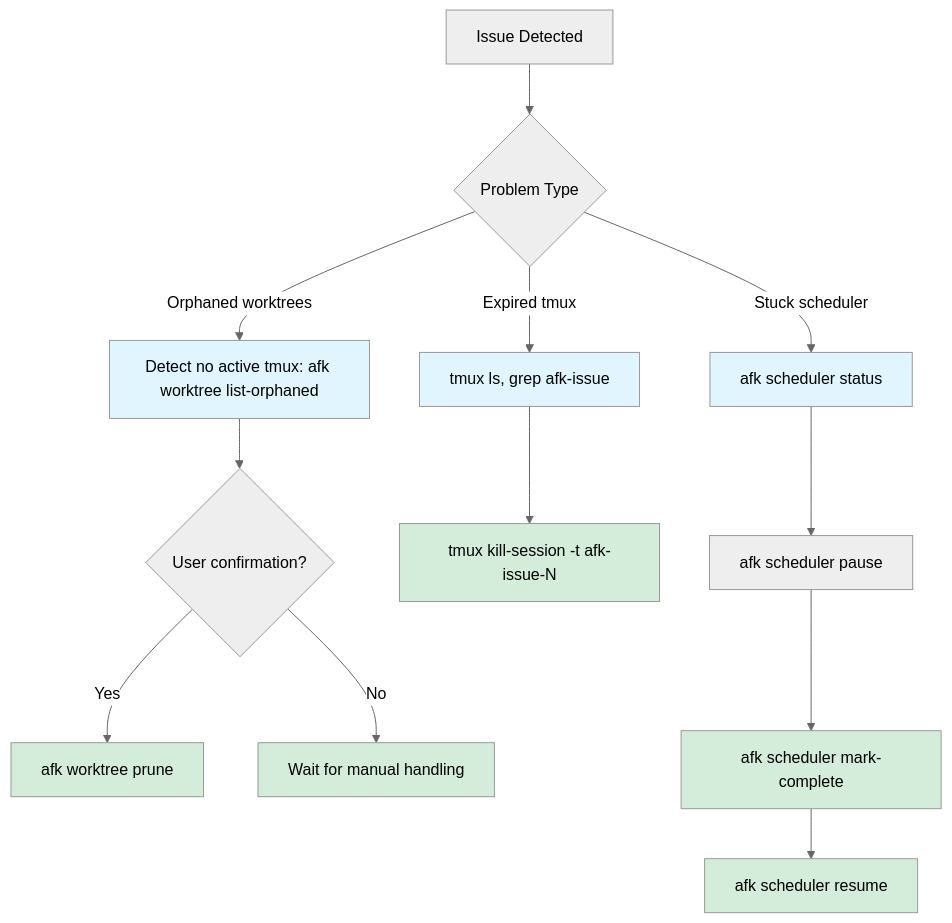
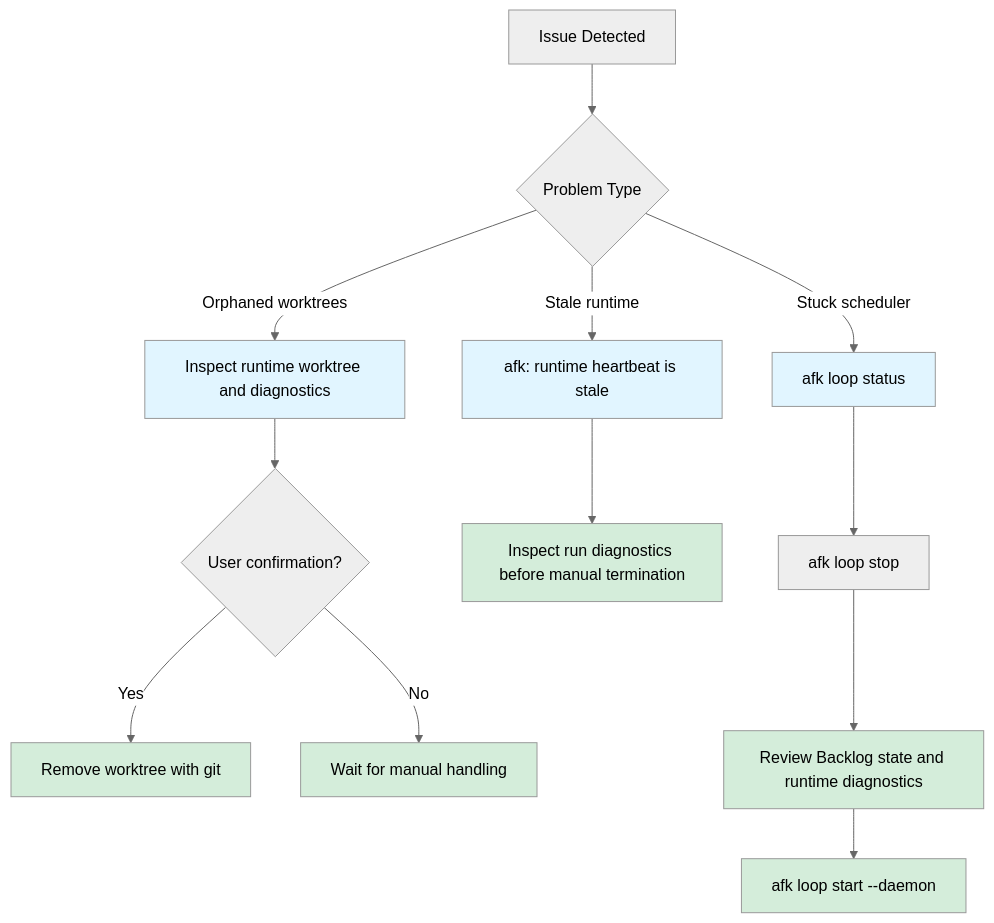
Before and after one commit to easyhaloo/afk: the eighth of 9 diagrams in docs/WORKFLOWS.md, drawn with Mermaid (neutral theme). The commit also changed other lines of this file and 87 other files, not shown here.

Commit message:
feat(backlog): link work items with runtime execution

````diff
--- a/docs/WORKFLOWS.md
+++ b/docs/WORKFLOWS.md
@@ -431,22 +430,22 @@
 ```mermaid
 flowchart TD
     Issue[Issue Detected] --> Type{Problem Type}
 
-    Type -->|Orphaned worktrees| Orphan["Detect no active tmux: afk worktree list-orphaned"]
+    Type -->|Orphaned worktrees| Orphan["Inspect runtime worktree and diagnostics"]
     Orphan --> Confirm{User confirmation?}
-    Confirm -->|Yes| Prune[afk worktree prune]
+    Confirm -->|Yes| Prune["Remove worktree with git"]
     Confirm -->|No| Wait[Wait for manual handling]
 
-    Type -->|Expired tmux| Expired["tmux ls, grep afk-issue"]
-    Expired --> Kill["tmux kill-session -t afk-issue-N"]
+    Type -->|Stale runtime| Expired["afk: runtime heartbeat is stale"]
+    Expired --> Kill["Inspect run diagnostics before manual termination"]
 
-    Type -->|Stuck scheduler| Stuck[afk scheduler status]
-    Stuck --> Pause[afk scheduler pause]
-    Pause --> Manual["afk scheduler mark-complete"]
-    Manual --> Resume[afk scheduler resume]
+    Type -->|Stuck scheduler| Stuck[afk loop status]
+    Stuck --> Pause[afk loop stop]
+    Pause --> Manual["Review Backlog state and runtime diagnostics"]
+    Manual --> Resume[afk loop start --daemon]
 
     classDef detect fill:#e1f5ff
     classDef action fill:#d4edda
     class Orphan,Expired,Stuck detect
     class Prune,Kill,Manual,Resume,Wait action
 ```
````
